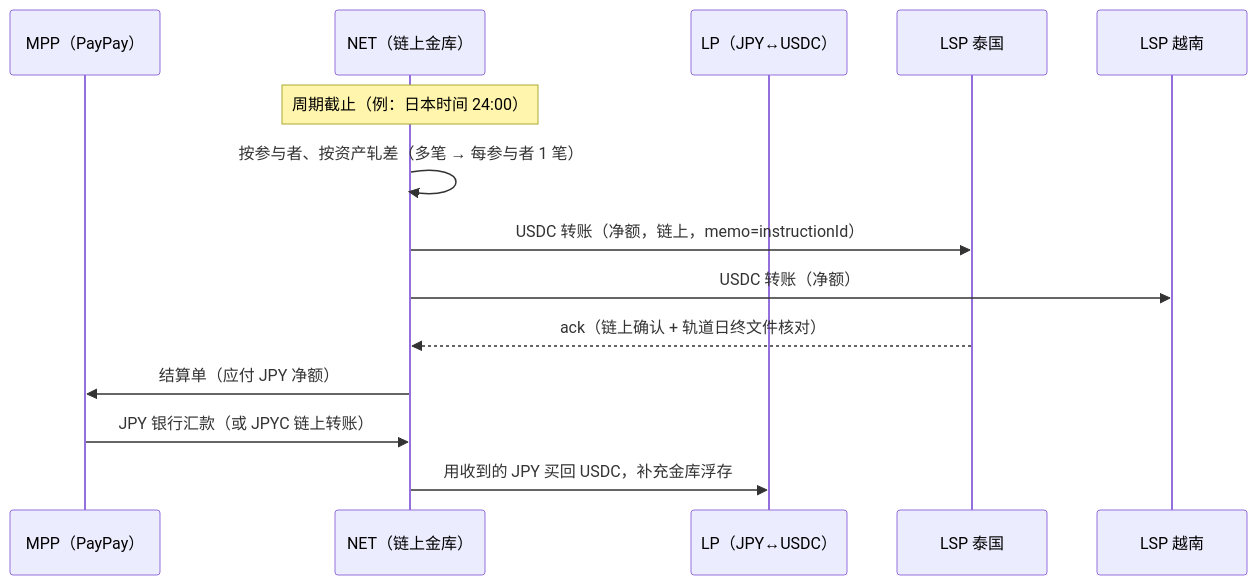
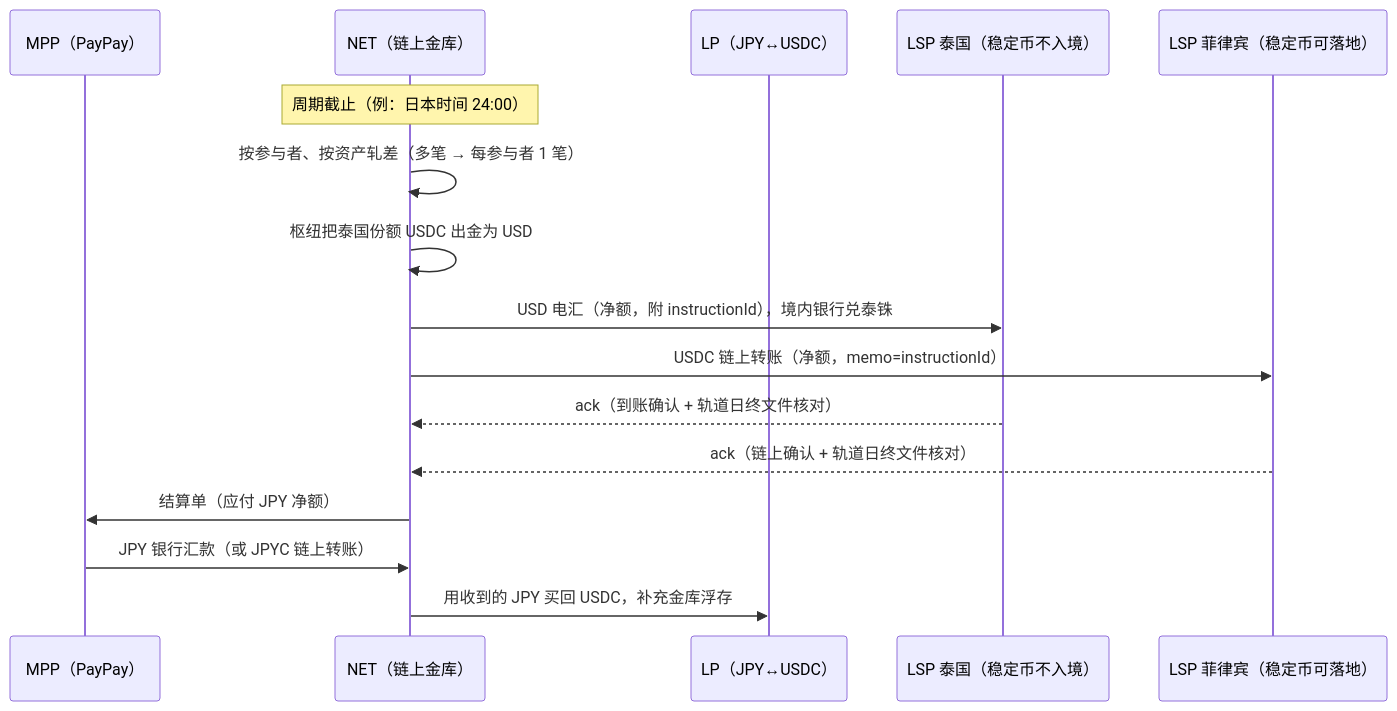
The third of 3 diagrams in docs/03-payment-flows.md (inspiryroy/roy), drawn with Mermaid before and after one commit. The commit also changed other lines of this file and 7 other files, not shown here.

````diff
--- a/docs/03-payment-flows.md
+++ b/docs/03-payment-flows.md
@@ -111,16 +112,18 @@
 ```mermaid
 sequenceDiagram
     participant M as MPP（PayPay）
     participant N as NET（链上金库）
     participant LP as LP（JPY↔USDC）
-    participant L1 as LSP 泰国
-    participant L2 as LSP 越南
+    participant L1 as LSP 泰国（稳定币不入境）
+    participant L2 as LSP 菲律宾（稳定币可落地）
     Note over N: 周期截止（例：日本时间 24:00）
     N->>N: 按参与者、按资产轧差（多笔 → 每参与者 1 笔）
-    N->>L1: USDC 转账（净额，链上，memo=instructionId）
-    N->>L2: USDC 转账（净额）
-    L1-->>N: ack（链上确认 + 轨道日终文件核对）
+    N->>N: 枢纽把泰国份额 USDC 出金为 USD
+    N->>L1: USD 电汇（净额，附 instructionId），境内银行兑泰铢
+    N->>L2: USDC 链上转账（净额，memo=instructionId）
+    L1-->>N: ack（到账确认 + 轨道日终文件核对）
+    L2-->>N: ack（链上确认 + 轨道日终文件核对）
     N->>M: 结算单（应付 JPY 净额）
     M->>N: JPY 银行汇款（或 JPYC 链上转账）
     N->>LP: 用收到的 JPY 买回 USDC，补充金库浮存
 ```
````
